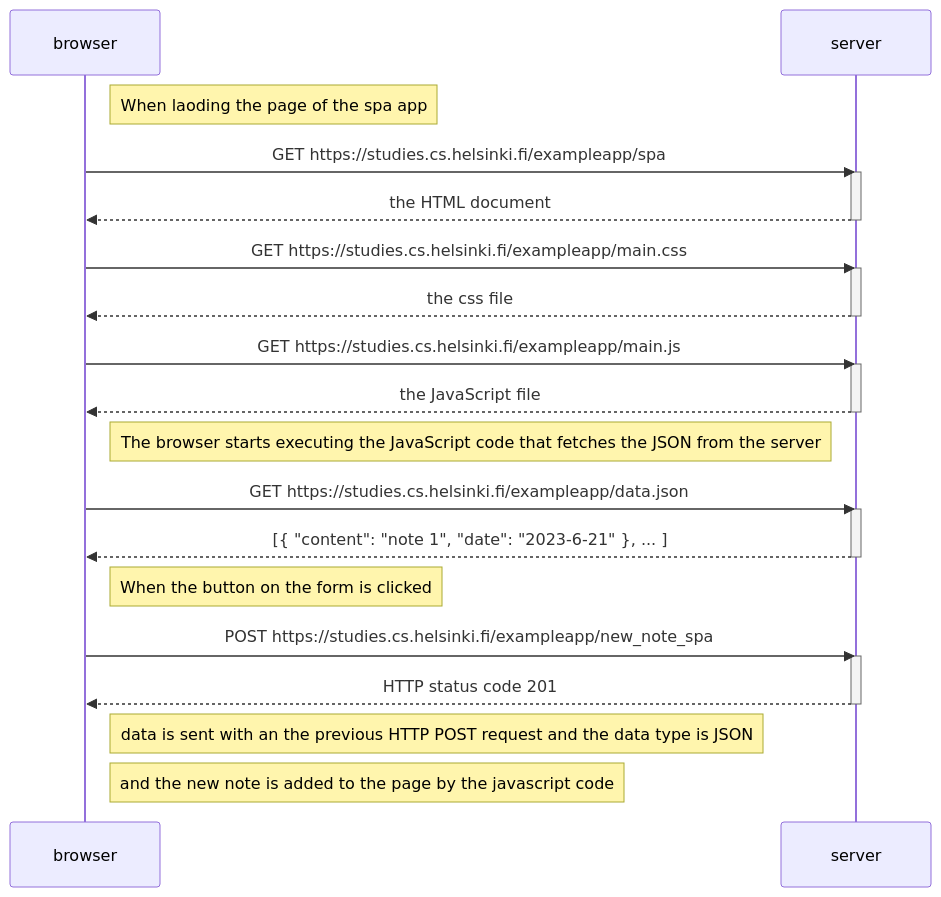
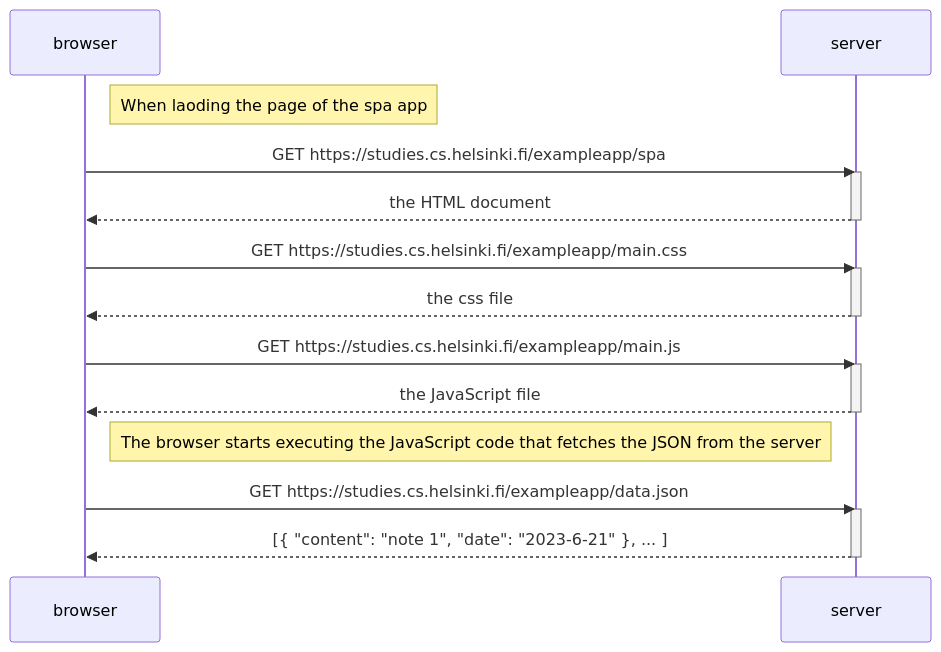
One commit to rabio10/fullstackopen-part0 changed the diagram in exercice_0-5.md. Above: the diagram before and after it, drawn with Mermaid.

````diff
--- a/exercice_0-5.md
+++ b/exercice_0-5.md
@@ -1,41 +1,32 @@
 ```mermaid
 sequenceDiagram
     participant browser
     participant server
     
     Note right of browser: When laoding the page of the spa app
     
     browser->>server: GET https://studies.cs.helsinki.fi/exampleapp/spa
     activate server
     server-->>browser: the HTML document
     deactivate server
     
     browser->>server: GET https://studies.cs.helsinki.fi/exampleapp/main.css
     activate server
     server-->>browser: the css file
     deactivate server
     
     browser->>server: GET https://studies.cs.helsinki.fi/exampleapp/main.js
     activate server
     server-->>browser: the JavaScript file
     deactivate server
     
     Note right of browser: The browser starts executing the JavaScript code that fetches the JSON from the server
     
     browser->>server: GET https://studies.cs.helsinki.fi/exampleapp/data.json
     activate server
     server-->>browser: [{ "content": "note 1", "date": "2023-6-21" }, ... ]
     deactivate server
 
-    Note right of browser: When the button on the form is clicked
-
-    browser->>server: POST https://studies.cs.helsinki.fi/exampleapp/new_note_spa
-    activate server
-    server-->>browser: HTTP status code 201
-    deactivate server
-    
-    Note right of browser: data is sent with an the previous HTTP POST request and the data type is JSON
-    Note right of browser: and the new note is added to the page by the javascript code
 
 
 ```
````
